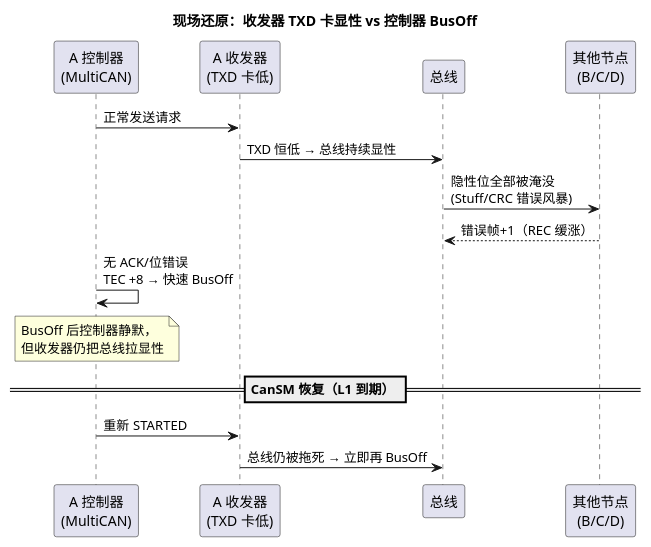
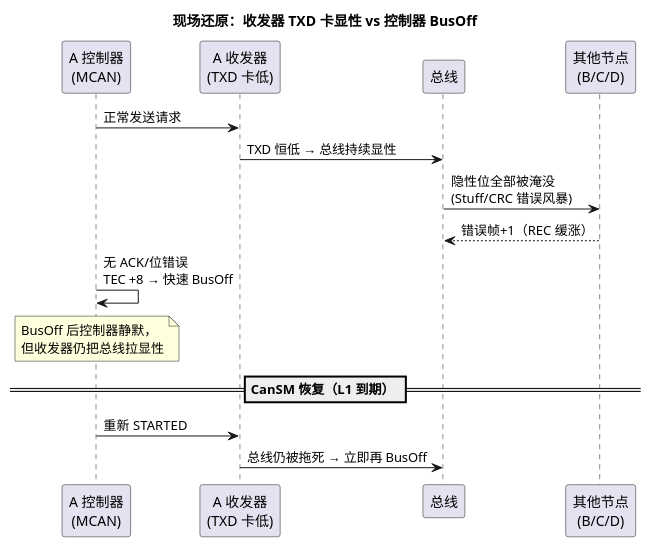
One commit to Mr-DCM/Autosar-Embedded-Notes changed the first of 2 diagrams in 嵌入式工程师知识库/05-汽车网络通讯/1-L1基础/CAN/总线错误与恢复/03-排障实录.md. Above: the diagram before and after it, drawn with PlantUML. The commit also changed 40 other files, not shown here.

Commit message:
全库: P1技术修正32处（MultiCAN→MCAN×10、E2E-P05计数器、EcuM-API归属、RCM_SRS、F186语义、vTaskList签名、EXC_RETURN位2等13区）+ 芯片行业版图补审修复6处红旗（AM263x不支持Linux/TMS570核型/e200授权/DRA829锁步核/CanTrcv调用链/TLF喂狗机制）

````diff
--- a/嵌入式工程师知识库/05-汽车网络通讯/1-L1基础/CAN/总线错误与恢复/03-排障实录.md
+++ b/嵌入式工程师知识库/05-汽车网络通讯/1-L1基础/CAN/总线错误与恢复/03-排障实录.md
@@ -12,19 +12,19 @@
 ```plantuml
 @startuml
 title 现场还原：收发器 TXD 卡显性 vs 控制器 BusOff
 skinparam defaultFontName "Microsoft YaHei"
-participant "A 控制器\n(MultiCAN)" as AC
+participant "A 控制器\n(MCAN)" as AC
 participant "A 收发器\n(TXD 卡低)" as AT
 participant "总线" as BUS
 participant "其他节点\n(B/C/D)" as OTH
 AC -> AT : 正常发送请求
 AT -> BUS : TXD 恒低 → 总线持续显性
 BUS -> OTH : 隐性位全部被淹没\n(Stuff/CRC 错误风暴)
 OTH --> BUS : 错误帧+1（REC 缓涨）
 AC -> AC : 无 ACK/位错误\nTEC +8 → 快速 BusOff
 note over AC : BusOff 后控制器静默，\n但收发器仍把总线拉显性
 == CanSM 恢复（L1 到期） ==
 AC -> AT : 重新 STARTED
 AT -> BUS : 总线仍被拖死 → 立即再 BusOff
 @enduml
 ```
````
